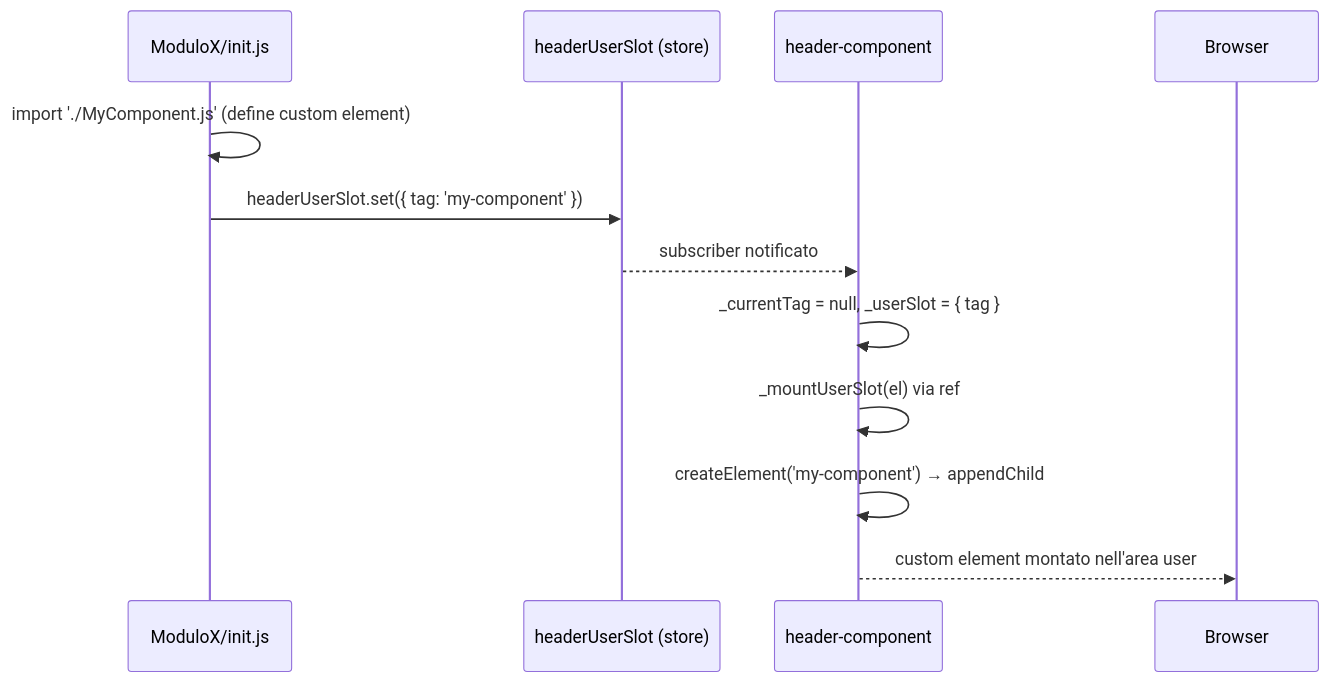
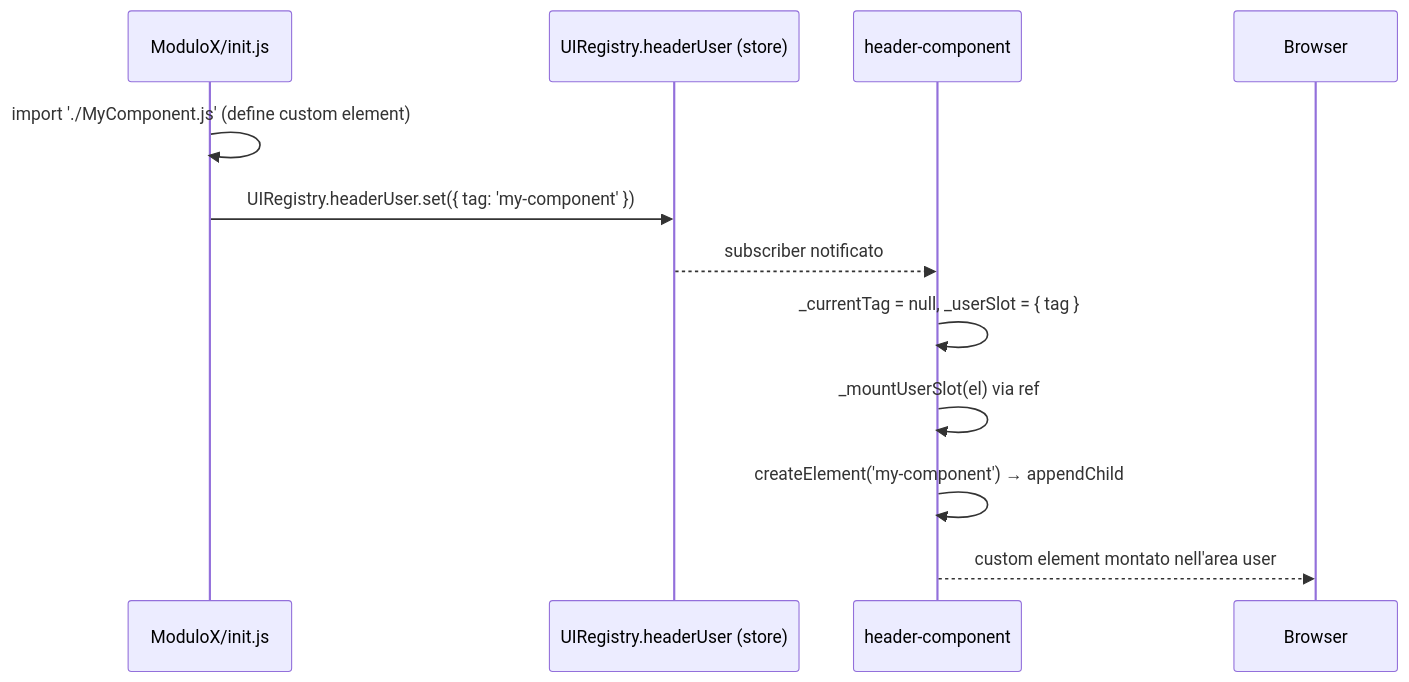
Before and after one commit to riccardovacirca/jms: the second of 3 diagrams in module/header/docs/core/wf_001_registrazione_nav_items.md, drawn with Mermaid. The commit also changed other lines of this file and 17 other files, not shown here.

````diff
--- a/module/header/docs/core/wf_001_registrazione_nav_items.md
+++ b/module/header/docs/core/wf_001_registrazione_nav_items.md
@@ -94,14 +94,14 @@
 ```mermaid
 sequenceDiagram
     participant Init as ModuloX/init.js
-    participant Store as headerUserSlot (store)
+    participant Store as UIRegistry.headerUser (store)
     participant Header as header-component
 
     Init->>Init: import './MyComponent.js' (define custom element)
-    Init->>Store: headerUserSlot.set({ tag: 'my-component' })
+    Init->>Store: UIRegistry.headerUser.set({ tag: 'my-component' })
     Store-->>Header: subscriber notificato
     Header->>Header: _currentTag = null, _userSlot = { tag }
     Header->>Header: _mountUserSlot(el) via ref
     Header->>Header: createElement('my-component') → appendChild
     Header-->>Browser: custom element montato nell'area user
 ```
````
